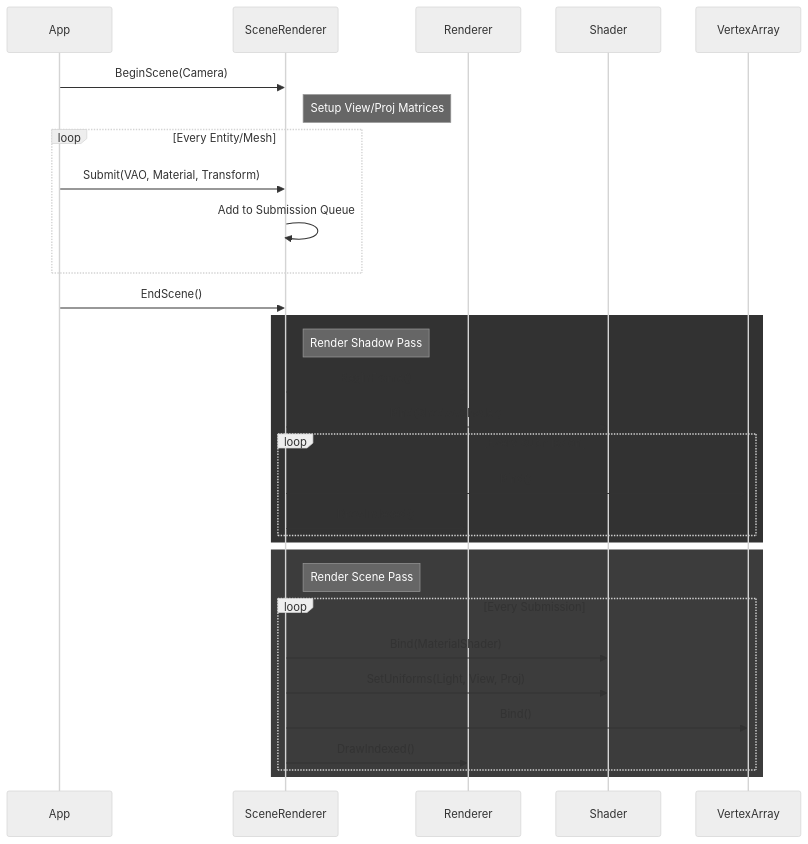
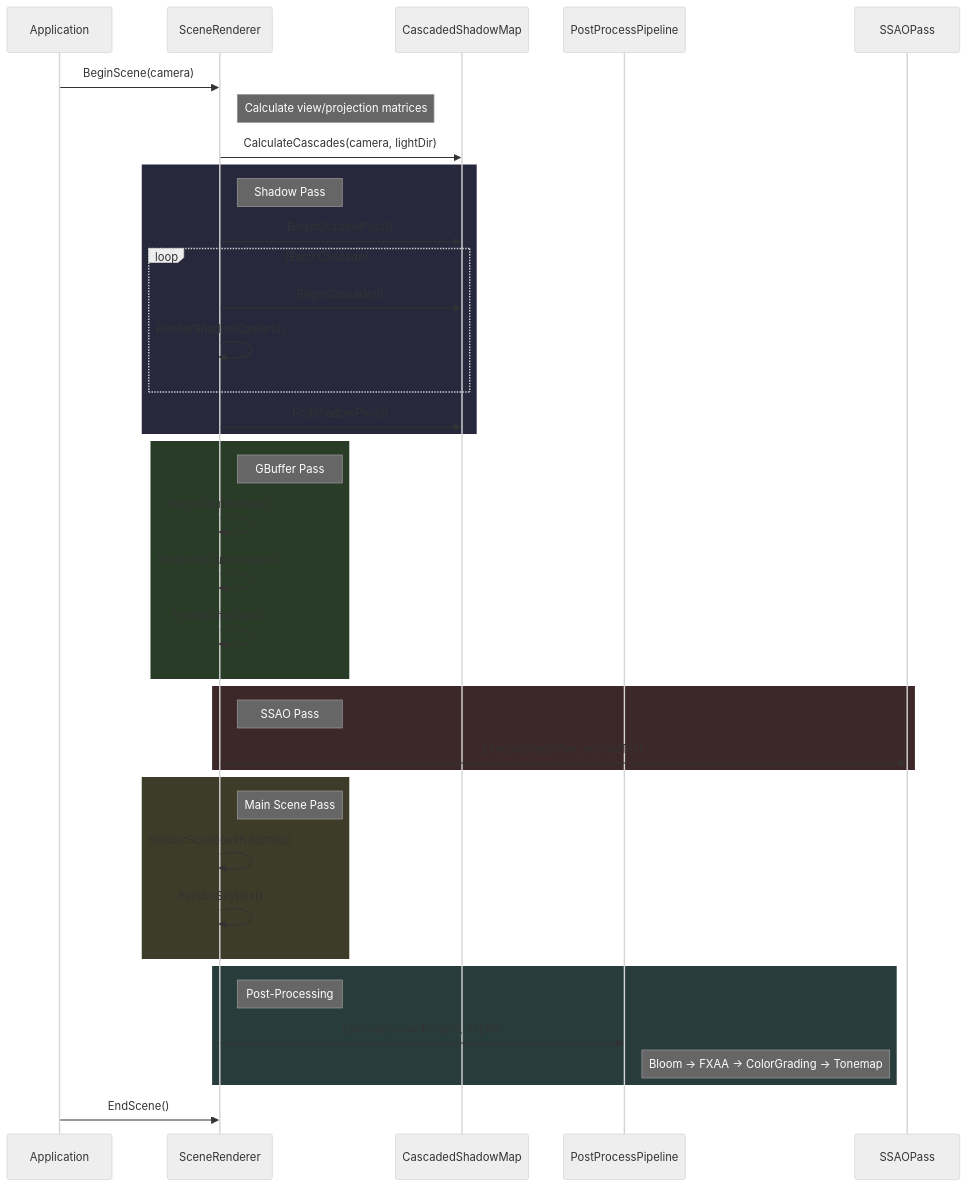
One commit to lucas85235/Monster-Engine changed the fifth of 13 diagrams in docs/Architecture.md. Above: the diagram before and after it, drawn with Mermaid (neutral theme). The commit also changed other lines of this file and 31 other files, not shown here.

````diff
--- a/docs/Architecture.md
+++ b/docs/Architecture.md
@@ -156,38 +254,49 @@
 ```mermaid
 sequenceDiagram
-    participant App
-    participant SceneRenderer
-    participant Renderer
-    participant Shader
-    participant VAO as VertexArray
+    participant App as Application
+    participant SR as SceneRenderer
+    participant CSM as CascadedShadowMap
+    participant PP as PostProcessPipeline
+    participant SSAO as SSAOPass
 
-    App->>SceneRenderer: BeginScene(Camera)
-    Note right of SceneRenderer: Setup View/Proj Matrices
+    App->>SR: BeginScene(camera)
+    Note right of SR: Calculate view/projection matrices
     
-    loop Every Entity/Mesh
-        App->>SceneRenderer: Submit(VAO, Material, Transform)
-        SceneRenderer->>SceneRenderer: Add to Submission Queue
+    SR->>CSM: CalculateCascades(camera, lightDir)
+    
+    rect rgb(40, 40, 60)
+        Note right of SR: Shadow Pass
+        SR->>CSM: BeginShadowPass()
+        loop Each Cascade
+            SR->>CSM: BeginCascade(i)
+            SR->>SR: RenderShadowCasters()
+        end
+        SR->>CSM: EndShadowPass()
     end
     
-    App->>SceneRenderer: EndScene()
-    
-    rect rgb(50, 50, 50)
-        Note right of SceneRenderer: Render Shadow Pass
-        SceneRenderer->>Renderer: BeginFrame()
-        SceneRenderer->>Shader: Bind(ShadowShader)
-        loop Every Submission
-            SceneRenderer->>VAO: Bind()
-            SceneRenderer->>Renderer: DrawIndexed()
-        end
+    rect rgb(40, 60, 40)
+        Note right of SR: GBuffer Pass
+        SR->>SR: BeginGBufferPass()
+        SR->>SR: RenderAllSubmissions()
+        SR->>SR: EndGBufferPass()
     end
     
-    rect rgb(60, 60, 60)
-        Note right of SceneRenderer: Render Scene Pass
-        loop Every Submission
-            SceneRenderer->>Shader: Bind(MaterialShader)
-            SceneRenderer->>Shader: SetUniforms(Light, View, Proj)
-            SceneRenderer->>VAO: Bind()
-            SceneRenderer->>Renderer: DrawIndexed()
-        end
+    rect rgb(60, 40, 40)
+        Note right of SR: SSAO Pass
+        SR->>SSAO: Execute(depthTex, normalTex)
     end
+    
+    rect rgb(60, 60, 40)
+        Note right of SR: Main Scene Pass
+        SR->>SR: RenderScene(with lighting)
+        SR->>SR: RenderSkybox()
+    end
+    
+    rect rgb(40, 60, 60)
+        Note right of SR: Post-Processing
+        SR->>PP: Execute(sceneTexture, depth)
+        Note right of PP: Bloom → FXAA → ColorGrading → Tonemap
+    end
+    
+    App->>SR: EndScene()
 ```
````
